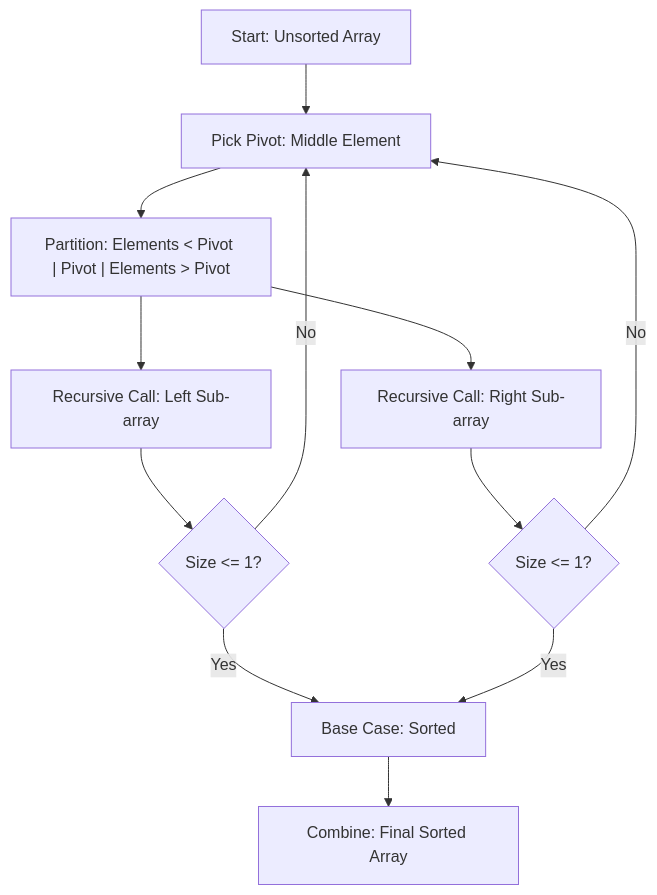
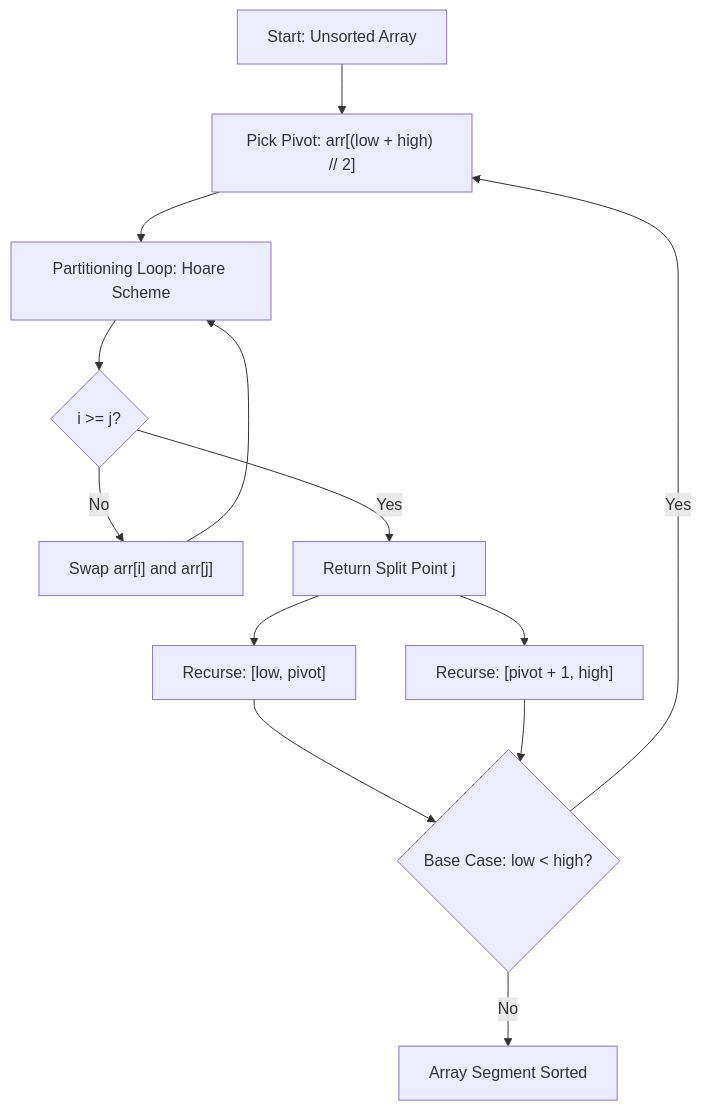
Before and after one commit to Amey-Thakur/PYTHON-SHORTS: the first of 2 diagrams in Source Code/Quick Sort/README.md, drawn with Mermaid. The commit also changed other lines of this file and 1 other file, not shown here.

Commit message:
Python Shorts

````diff
--- a/Source Code/Quick Sort/README.md
+++ b/Source Code/Quick Sort/README.md
@@ -48,14 +51,15 @@
 ```mermaid
-graph TD
-    A[Start: Unsorted Array] --> B[Pick Pivot: Middle Element]
-    B --> C["Partition: Elements < Pivot | Pivot | Elements > Pivot"]
-    C --> D[Recursive Call: Left Sub-array]
-    C --> E[Recursive Call: Right Sub-array]
-    D --> F{Size <= 1?}
-    E --> G{Size <= 1?}
-    F -- Yes --> H[Base Case: Sorted]
-    G -- Yes --> H
-    F -- No --> B
-    G -- No --> B
-    H --> I[Combine: Final Sorted Array]
+flowchart TD
+    A["Start: Unsorted Array"] --> B["Pick Pivot: arr[(low + high) // 2]"]
+    B --> C["Partitioning Loop: Hoare Scheme"]
+    C --> D{"i >= j?"}
+    D -- "No" --> E["Swap arr[i] and arr[j]"]
+    E --> C
+    D -- "Yes" --> F["Return Split Point j"]
+    F --> G["Recurse: [low, pivot]"]
+    F --> H["Recurse: [pivot + 1, high]"]
+    G --> I{"Base Case: low < high?"}
+    H --> I
+    I -- "Yes" --> B
+    I -- "No" --> J["Array Segment Sorted"]
 ```
````
